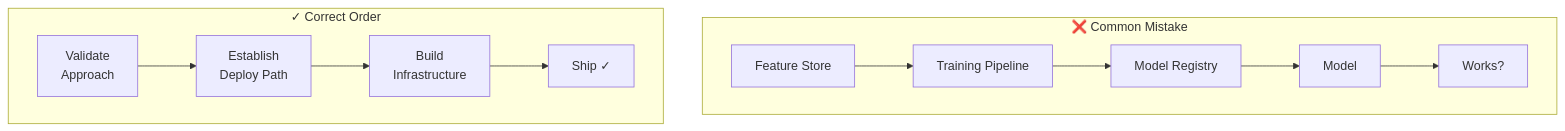
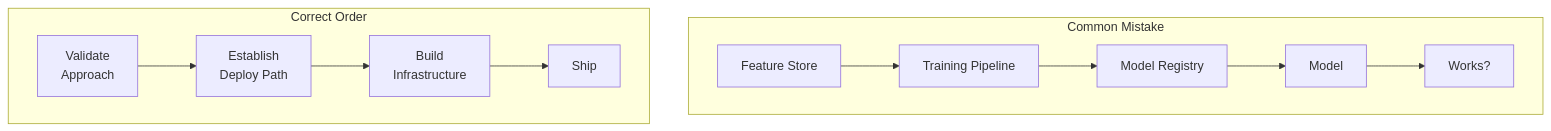
One commit to ImadDabbura/imaddabbura.github.io changed the second of 3 diagrams in posts/product-management/shipping-software-projects.qmd. Above: the diagram before and after it, drawn with Mermaid. The commit also changed other lines of this file and 24 other files, not shown here.

Commit message:
chore: Improve few posts flow and structure

````diff
--- a/posts/product-management/shipping-software-projects.qmd
+++ b/posts/product-management/shipping-software-projects.qmd
@@ -104,12 +104,12 @@
 ```{mermaid}
 %%| fig-cap: "The infrastructure trap: building the full system before validating the approach. The correct order validates cheaply first, then invests in infrastructure."
 flowchart TD
-    subgraph wrong ["❌ Common Mistake"]
+    subgraph wrong ["Common Mistake"]
         direction LR
         w1["Feature Store"] --> w2["Training Pipeline"] --> w3["Model Registry"] --> w4["Model"] --> w5["Works?"]
     end
-    subgraph right ["✓ Correct Order"]
+    subgraph right ["Correct Order"]
         direction LR
-        r1["Validate\nApproach"] --> r2["Establish\nDeploy Path"] --> r3["Build\nInfrastructure"] --> r4["Ship ✓"]
+        r1["Validate<br/>Approach"] --> r2["Establish<br/>Deploy Path"] --> r3["Build<br/>Infrastructure"] --> r4["Ship"]
     end
 ```
````
